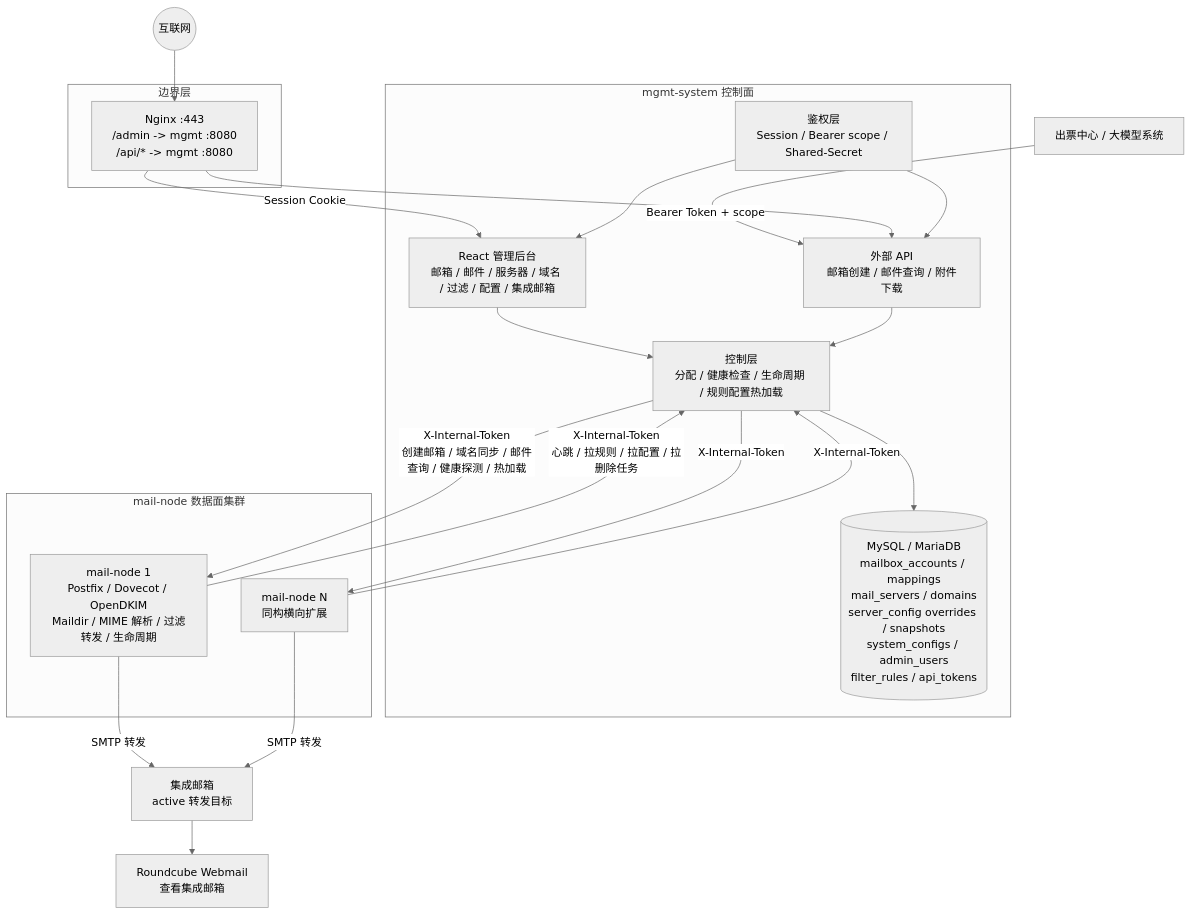
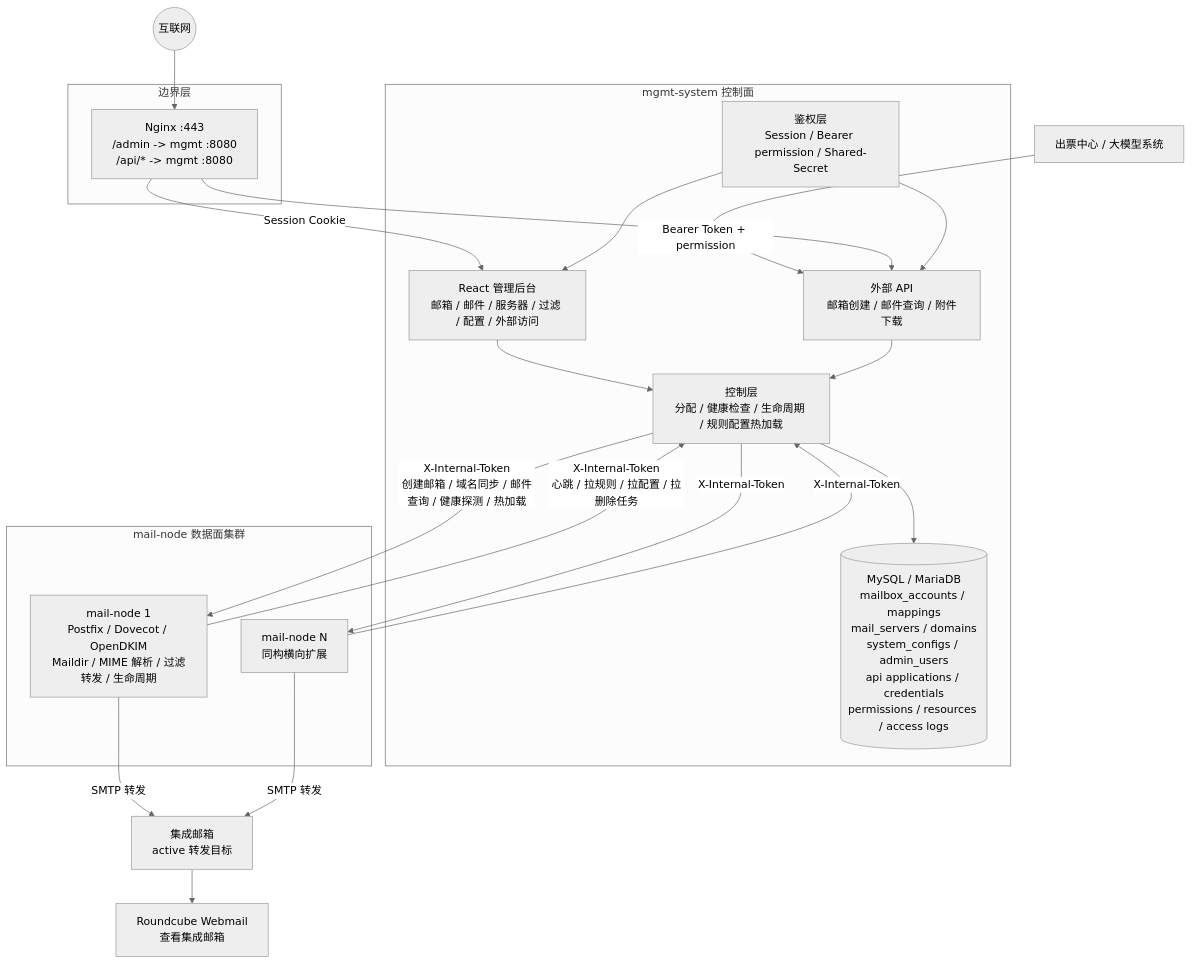
The first of 3 diagrams in docs/architecture-overview.md (snowflake-yezi/MailHub), drawn with Mermaid (neutral theme) before and after one commit. The commit also changed other lines of this file and 30 other files, not shown here.

````diff
--- a/docs/architecture-overview.md
+++ b/docs/architecture-overview.md
@@ -9,45 +9,45 @@
 ```mermaid
 flowchart TB
     internet((互联网))
 
     subgraph edge["边界层"]
         nginx["Nginx :443<br/>/admin -> mgmt :8080<br/>/api/* -> mgmt :8080"]
     end
 
     subgraph mgmt["mgmt-system 控制面"]
-        auth["鉴权层<br/>Session / Bearer scope / Shared-Secret"]
-        web["React 管理后台<br/>邮箱 / 邮件 / 服务器 / 域名 / 过滤 / 配置 / 集成邮箱"]
+        auth["鉴权层<br/>Session / Bearer permission / Shared-Secret"]
+        web["React 管理后台<br/>邮箱 / 邮件 / 服务器 / 过滤 / 配置 / 外部访问"]
         api["外部 API<br/>邮箱创建 / 邮件查询 / 附件下载"]
         control["控制层<br/>分配 / 健康检查 / 生命周期 / 规则配置热加载"]
-        db[("MySQL / MariaDB<br/>mailbox_accounts / mappings<br/>mail_servers / domains<br/>server_config overrides / snapshots<br/>system_configs / admin_users<br/>filter_rules / api_tokens")]
+        db[("MySQL / MariaDB<br/>mailbox_accounts / mappings<br/>mail_servers / domains<br/>system_configs / admin_users<br/>api applications / credentials<br/>permissions / resources / access logs")]
     end
 
     subgraph nodes["mail-node 数据面集群"]
         node1["mail-node 1<br/>Postfix / Dovecot / OpenDKIM<br/>Maildir / MIME 解析 / 过滤转发 / 生命周期"]
         nodeN["mail-node N<br/>同构横向扩展"]
     end
 
     caller["出票中心 / 大模型系统"]
     union["集成邮箱<br/>active 转发目标"]
     roundcube["Roundcube Webmail<br/>查看集成邮箱"]
 
     internet --> nginx
-    caller -->|"Bearer Token + scope"| api
+    caller -->|"Bearer Token + permission"| api
     nginx -->|"Session Cookie"| web
     nginx --> api
 
     auth --> web
     auth --> api
     web --> control
     api --> control
     control --> db
 
     control -->|"X-Internal-Token<br/>创建邮箱 / 域名同步 / 邮件查询 / 健康探测 / 热加载"| node1
     control -->|"X-Internal-Token"| nodeN
     node1 -->|"X-Internal-Token<br/>心跳 / 拉规则 / 拉配置 / 拉删除任务"| control
     nodeN -->|"X-Internal-Token"| control
 
     node1 -->|"SMTP 转发"| union
     nodeN -->|"SMTP 转发"| union
     union --> roundcube
 ```
````
